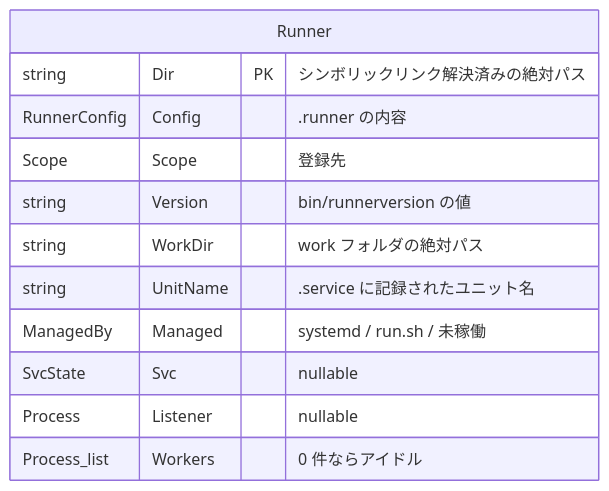
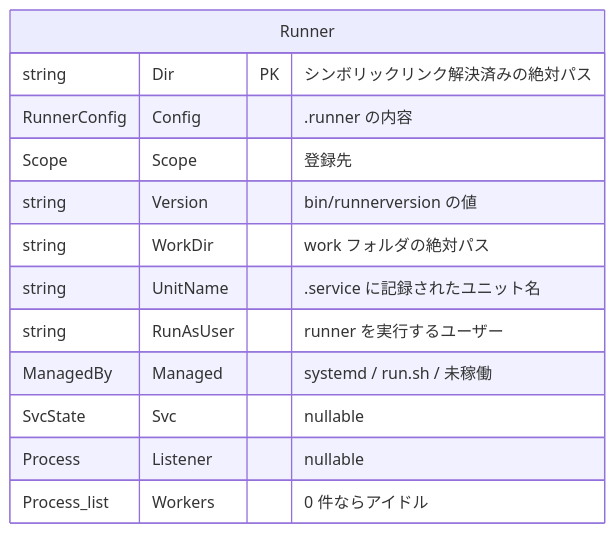
Before and after one commit to ousiassllc/gsr-helper: the second of 2 diagrams in docs/architecture/data-model.md, drawn with Mermaid. The commit also changed other lines of this file and 6 other files, not shown here.

````diff
--- a/docs/architecture/data-model.md
+++ b/docs/architecture/data-model.md
@@ -37,15 +37,16 @@
 ```mermaid
 erDiagram
     Runner {
         string Dir PK "シンボリックリンク解決済みの絶対パス"
         RunnerConfig Config "  .runner の内容"
         Scope Scope "  登録先"
         string Version "  bin/runnerversion の値"
         string WorkDir "  work フォルダの絶対パス"
         string UnitName "  .service に記録されたユニット名"
+        string RunAsUser "  runner を実行するユーザー"
         ManagedBy Managed "  systemd / run.sh / 未稼働"
         SvcState Svc "  nullable"
         Process Listener "  nullable"
         Process_list Workers "  0 件ならアイドル"
     }
 ```
````
